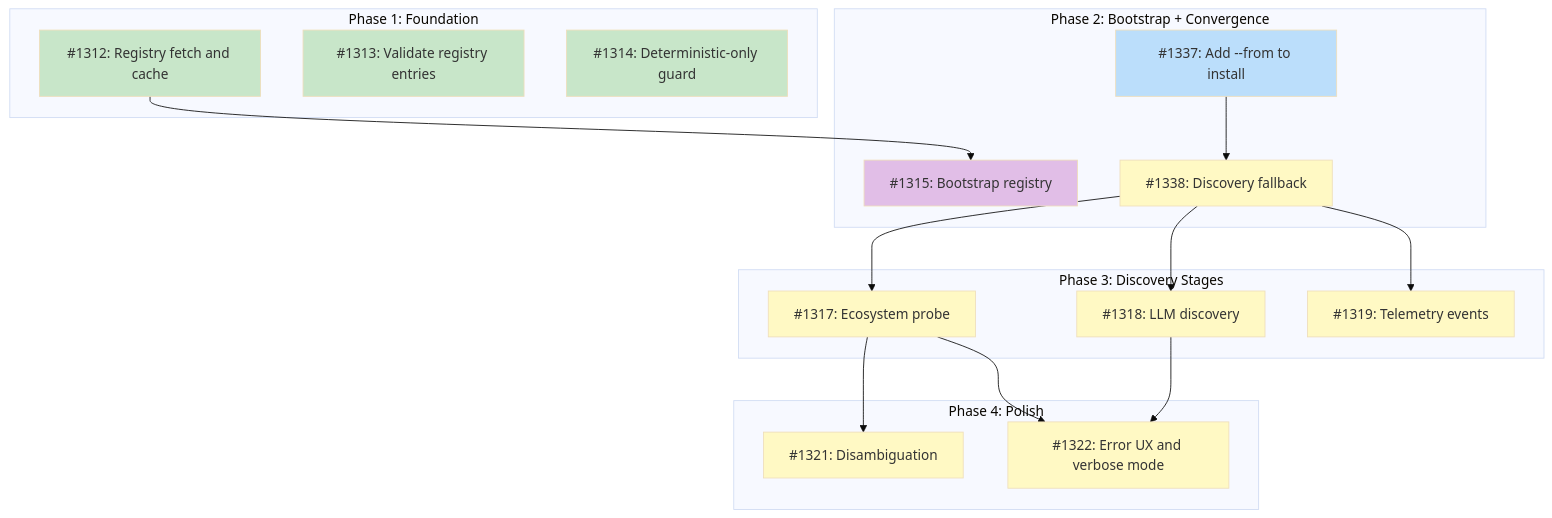
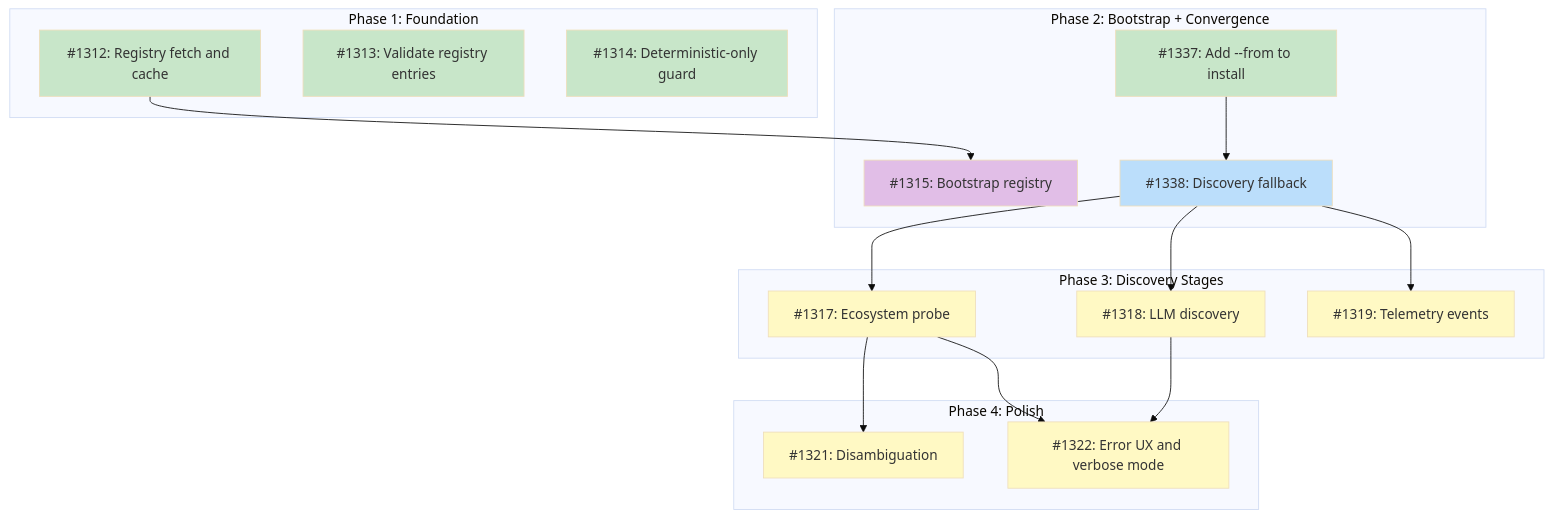
The diagram in docs/designs/DESIGN-discovery-resolver.md (tsukumogami/tsuku), drawn with Mermaid (base theme) before and after one commit.

Commit message:
docs(design): mark #1337 done, unblock #1338 in diagram

````diff
--- a/docs/designs/DESIGN-discovery-resolver.md
+++ b/docs/designs/DESIGN-discovery-resolver.md
@@ -60,45 +60,46 @@
 ```mermaid
 graph TD
     subgraph Phase1["Phase 1: Foundation"]
         I1312["#1312: Registry fetch and cache"]
         I1313["#1313: Validate registry entries"]
         I1314["#1314: Deterministic-only guard"]
     end
 
     subgraph Phase2["Phase 2: Bootstrap + Convergence"]
         I1315["#1315: Bootstrap registry"]
         I1337["#1337: Add --from to install"]
         I1338["#1338: Discovery fallback"]
     end
 
     subgraph Phase3["Phase 3: Discovery Stages"]
         I1317["#1317: Ecosystem probe"]
         I1318["#1318: LLM discovery"]
         I1319["#1319: Telemetry events"]
     end
 
     subgraph Phase4["Phase 4: Polish"]
         I1321["#1321: Disambiguation"]
         I1322["#1322: Error UX and verbose mode"]
     end
 
     I1312 --> I1315
     I1337 --> I1338
     I1338 --> I1317
     I1338 --> I1318
     I1338 --> I1319
     I1317 --> I1321
     I1317 --> I1322
     I1318 --> I1322
 
     classDef done fill:#c8e6c9
     classDef ready fill:#bbdefb
     classDef blocked fill:#fff9c4
     classDef needsDesign fill:#e1bee7
 
     class I1312,I1313,I1314 done
-    class I1337 ready
-    class I1338,I1319 blocked
+    class I1337 done
+    class I1338 ready
+    class I1319 blocked
     class I1315 needsDesign
     class I1317,I1318,I1321,I1322 blocked
 ```
````
